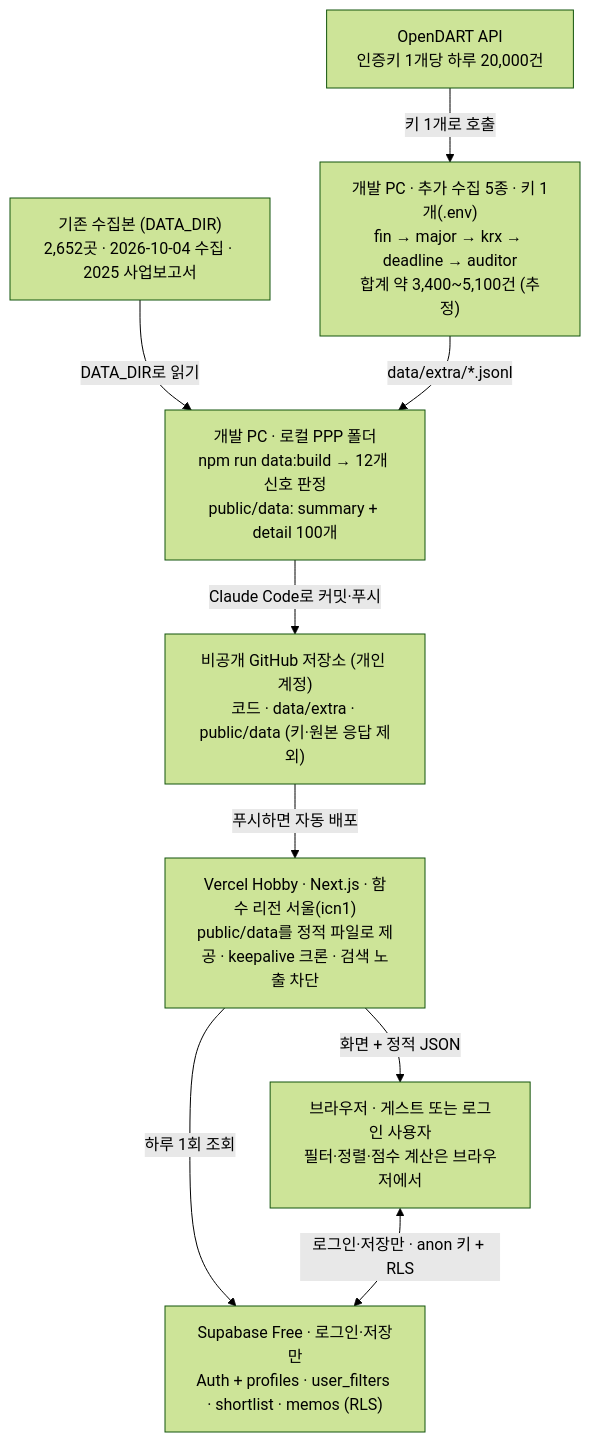
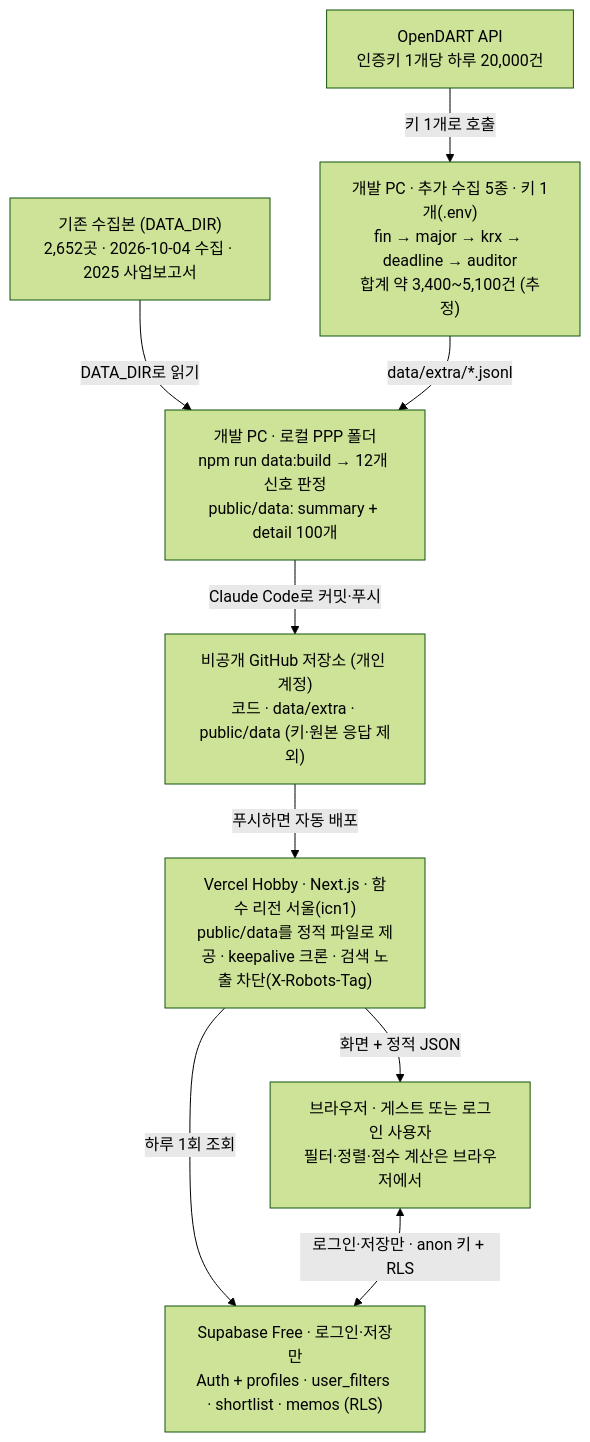
The diagram in docs/design.md (YTS-12/PPP-PWC-PA-PARTNER-), drawn with Mermaid (forest theme) before and after one commit. The commit also changed other lines of this file and 18 other files, not shown here.

````diff
--- a/docs/design.md
+++ b/docs/design.md
@@ -44,19 +44,19 @@
 ```mermaid
 flowchart TD
   base["기존 수집본 (DATA_DIR)<br/>2,652곳 · 2026-10-04 수집 · 2025 사업보고서"]
   dart["OpenDART API<br/>인증키 1개당 하루 20,000건"]
   col["개발 PC · 추가 수집 5종 · 키 1개(.env)<br/>fin → major → krx → deadline → auditor<br/>합계 약 3,400~5,100건 (추정)"]
   dev["개발 PC · 로컬 PPP 폴더<br/>npm run data:build → 12개 신호 판정<br/>public/data: summary + detail 100개"]
   gh["비공개 GitHub 저장소 (개인 계정)<br/>코드 · data/extra · public/data (키·원본 응답 제외)"]
-  vc["Vercel Hobby · Next.js · 함수 리전 서울(icn1)<br/>public/data를 정적 파일로 제공 · keepalive 크론 · 검색 노출 차단"]
+  vc["Vercel Hobby · Next.js · 함수 리전 서울(icn1)<br/>public/data를 정적 파일로 제공 · keepalive 크론 · 검색 노출 차단(X-Robots-Tag)"]
   sb["Supabase Free · 로그인·저장만<br/>Auth + profiles · user_filters · shortlist · memos (RLS)"]
   br["브라우저 · 게스트 또는 로그인 사용자<br/>필터·정렬·점수 계산은 브라우저에서"]
   base -->|DATA_DIR로 읽기| dev
   dart -->|키 1개로 호출| col
   col -->|data/extra/*.jsonl| dev
   dev -->|Claude Code로 커밋·푸시| gh
   gh -->|푸시하면 자동 배포| vc
   vc -->|하루 1회 조회| sb
   vc -->|화면 + 정적 JSON| br
   br <-->|로그인·저장만 · anon 키 + RLS| sb
 ```
````
